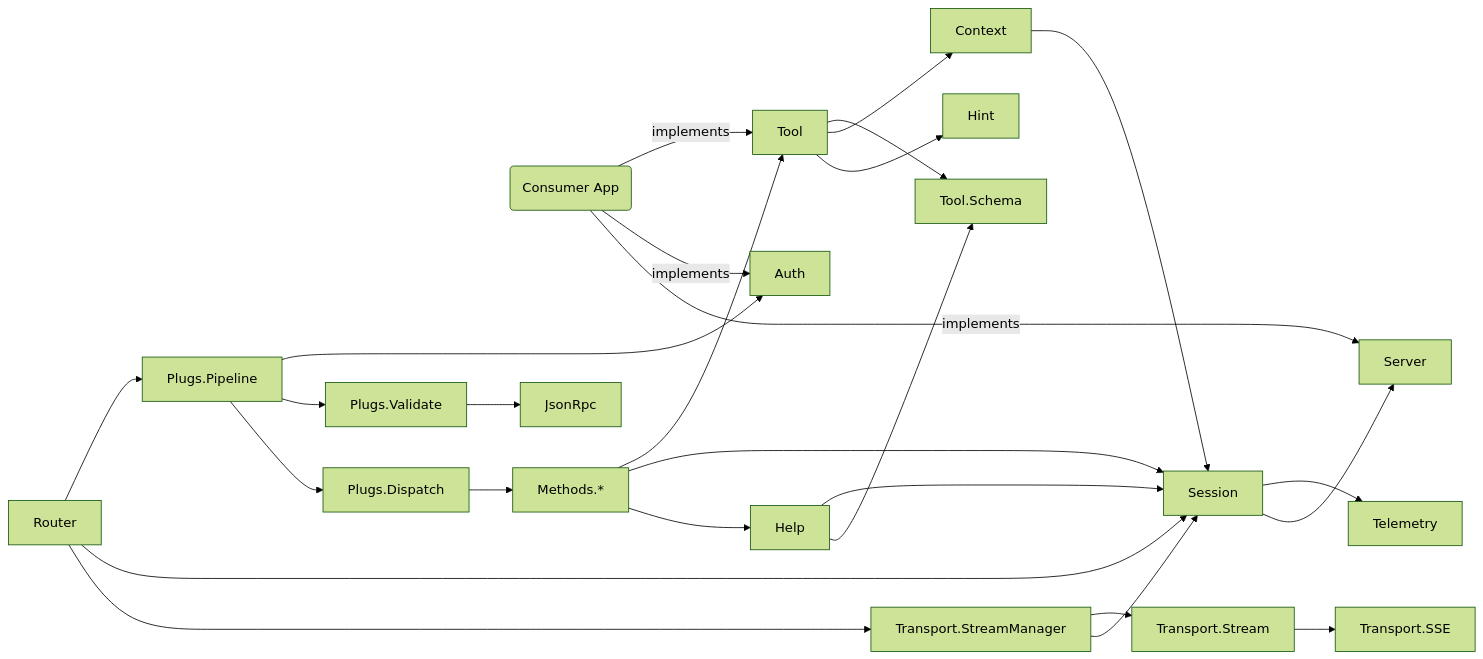
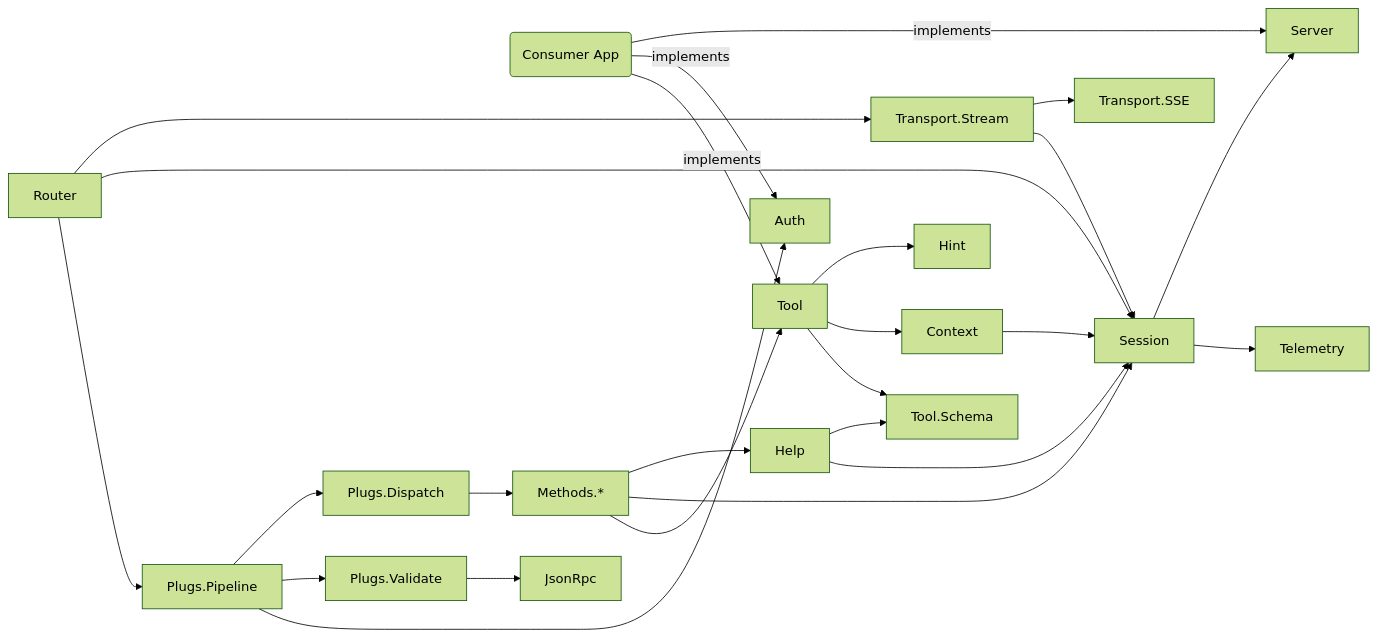
The diagram in README.md (kristiangronberg/wymcp), drawn with Mermaid (forest theme) before and after one commit. The commit also changed other lines of this file and 17 other files, not shown here.

````diff
--- a/README.md
+++ b/README.md
@@ -229,30 +229,29 @@
 ```mermaid
 flowchart LR
     CA(Consumer App) -->|implements| Tool
     CA -->|implements| Auth
     CA -->|implements| Server
 
     Router --> Pipeline["Plugs.Pipeline"]
     Pipeline --> Auth
     Pipeline --> Validate["Plugs.Validate"]
     Pipeline --> Dispatch["Plugs.Dispatch"]
     Dispatch --> Methods["Methods.*"]
     Methods --> Tool
     Methods --> Session
     Methods --> Help
     Help --> Session
     Help --> Schema
     Tool --> Schema["Tool.Schema"]
     Tool --> Context
     Tool --> Hint
     Context --> Session
     Router --> Session
-    Router --> StreamManager["Transport.StreamManager"]
-    StreamManager --> Stream["Transport.Stream"]
-    StreamManager --> Session
+    Router --> Stream["Transport.Stream"]
+    Stream --> Session
     Stream --> SSE["Transport.SSE"]
     Session --> Telemetry
     Session --> Server
 
     Validate --> JsonRpc
 ```
````
